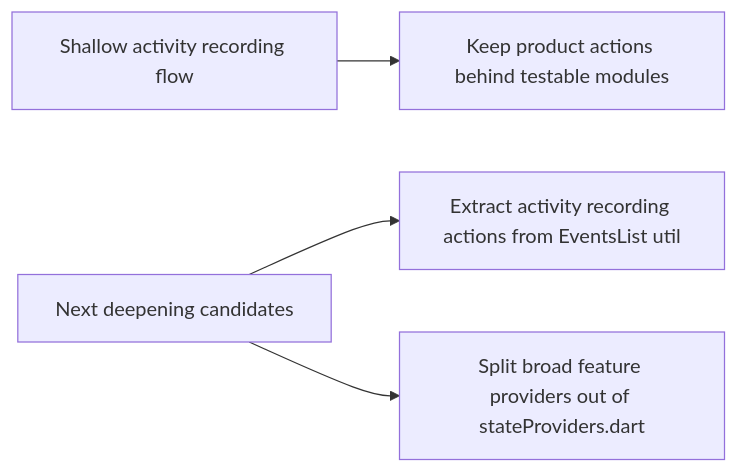
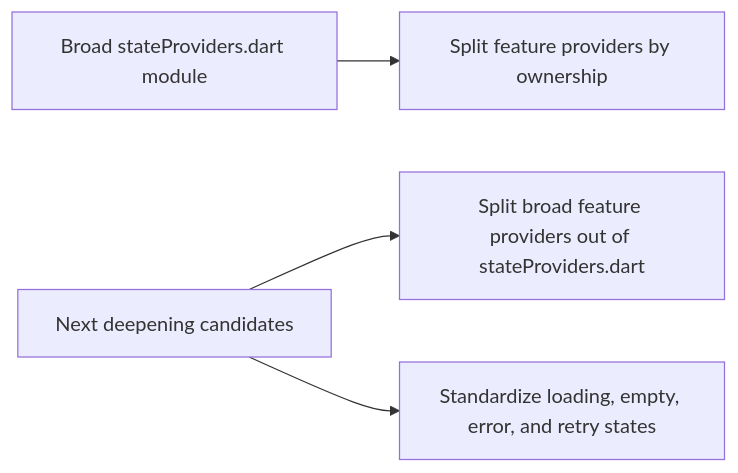
The fifth of 5 diagrams in docs/architecture/module-flow.md (Guoyuer/eventTracker), drawn with Mermaid before and after one commit. The commit also changed other lines of this file and 9 other files, not shown here.

Commit message:
Extract activity recording actions

````diff
--- a/docs/architecture/module-flow.md
+++ b/docs/architecture/module-flow.md
@@ -119,9 +122,9 @@
 ```mermaid
 flowchart LR
-  RecordingFlow["Shallow activity recording flow"]
-  RecordingFlow --> Persistence["Keep product actions behind testable modules"]
+  ProviderModule["Broad stateProviders.dart module"]
+  ProviderModule --> State["Split feature providers by ownership"]
 
   Next["Next deepening candidates"]
-  Next --> Recording["Extract activity recording actions from EventsList util"]
   Next --> Providers["Split broad feature providers out of stateProviders.dart"]
+  Next --> AsyncState["Standardize loading, empty, error, and retry states"]
 ```
````
